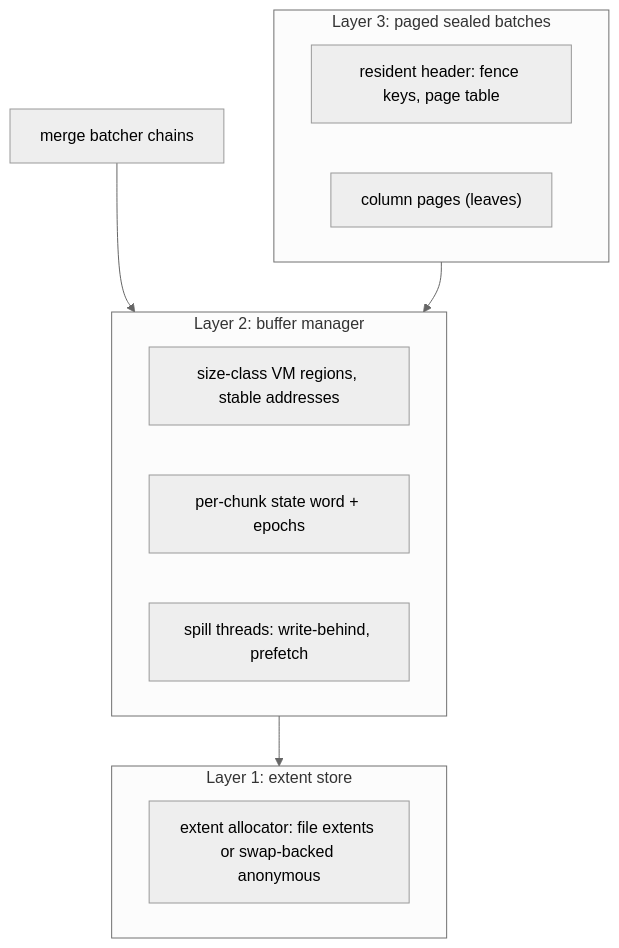
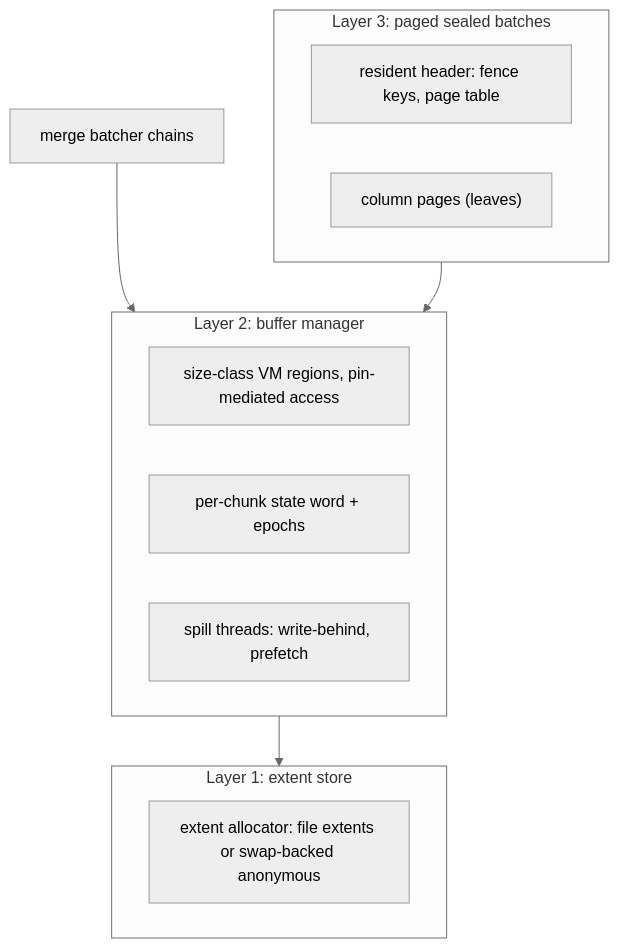
One commit to MaterializeInc/materialize changed the diagram in doc/developer/design/20260610_buffer_managed_state.md. Above: the diagram before and after it, drawn with Mermaid (neutral theme). The commit also changed other lines of this file and 5 other files, not shown here.

Commit message:
pool: scope slot lifetime to residency, dropping the stable-address invariant

````diff
--- a/doc/developer/design/20260610_buffer_managed_state.md
+++ b/doc/developer/design/20260610_buffer_managed_state.md
@@ -118,18 +118,18 @@
 ```mermaid
 flowchart TB
   subgraph L3["Layer 3: paged sealed batches"]
     Header["resident header: fence keys, page table"]
     Pages["column pages (leaves)"]
   end
   subgraph L2["Layer 2: buffer manager"]
-    Pool["size-class VM regions, stable addresses"]
+    Pool["size-class VM regions, pin-mediated access"]
     State["per-chunk state word + epochs"]
     IO["spill threads: write-behind, prefetch"]
   end
   subgraph L1["Layer 1: extent store"]
     Extents["extent allocator: file extents or swap-backed anonymous"]
   end
   Batcher["merge batcher chains"] --> L2
   L3 --> L2
   L2 --> L1
 ```
````
